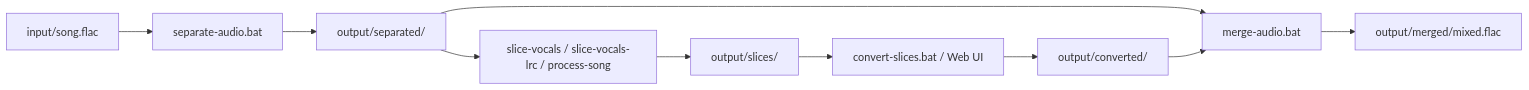
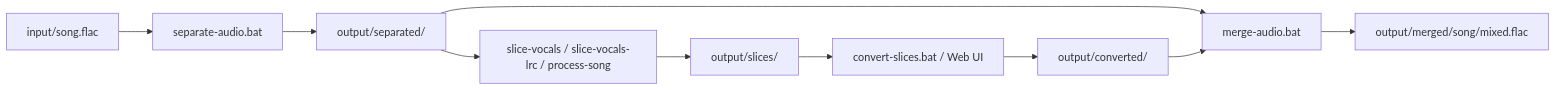
One commit to lastfore/voice-translate changed the diagram in README.md. Above: the diagram before and after it, drawn with Mermaid. The commit also changed other lines of this file and 38 other files, not shown here.

````diff
--- a/README.md
+++ b/README.md
@@ -21,12 +23,12 @@
 ```mermaid
 flowchart LR
     A[input/song.flac] --> B[separate-audio.bat]
     B --> C[output/separated/]
     C --> D[slice-vocals / slice-vocals-lrc / process-song]
     D --> E[output/slices/]
     E --> F[convert-slices.bat / Web UI]
     F --> G[output/converted/]
     C --> H[merge-audio.bat]
     G --> H
-    H --> I[output/merged/mixed.flac]
+    H --> I[output/merged/song/mixed.flac]
 ```
````
